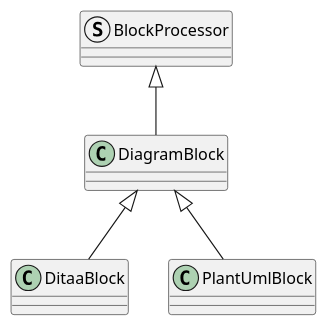
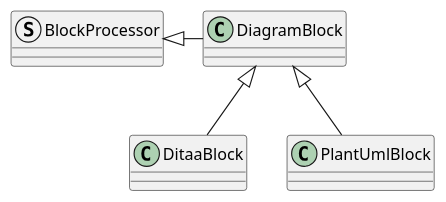
One commit to mickle-ak/MockitoInside changed the first of 11 diagrams in Mockito-Inside.adoc. Above: the diagram before and after it, drawn with PlantUML. The commit also changed other lines of this file, not shown here.

```diff
--- a/Mockito-Inside.adoc
+++ b/Mockito-Inside.adoc
@@ -10,9 +10,9 @@
-[plantuml, target=diagram-1, format=png]
+[plantuml, target=class-diagram, format=png]
 ....
 struct BlockProcessor {
 }
 
-BlockProcessor <|-- DiagramBlock
+BlockProcessor <|- DiagramBlock
 DiagramBlock <|-- DitaaBlock
 DiagramBlock <|-- PlantUmlBlock
 ....
```
